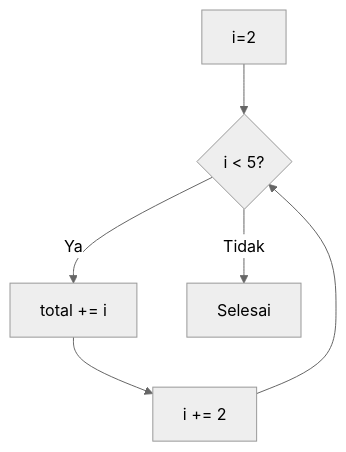
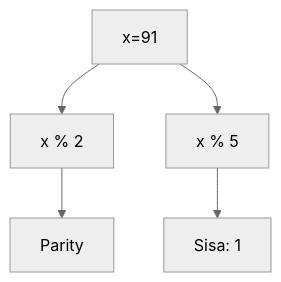
One commit to amnahwaida/OSNK_INF_PREP changed diagram 14 of 25 in part-c-pemahaman-cpp/03-perulangan/latihan/set-04.md. Above: the diagram before and after it, drawn with Mermaid (neutral theme). The commit also changed other lines of this file and 71 other files, not shown here.

````diff
--- a/part-c-pemahaman-cpp/03-perulangan/latihan/set-04.md
+++ b/part-c-pemahaman-cpp/03-perulangan/latihan/set-04.md
@@ -364,8 +418,7 @@
 ```mermaid
 graph TD
-    A[i=2] --> B{i < 5?}
-    B -- Ya --> C[total += i]
-    C --> D[i += 2]
-    D --> B
-    B -- Tidak --> E[Selesai]
+A[x=91] --> B[x % 2]
+B --> C[Parity]
+A --> D[x % 5]
+D --> E[Sisa: 1]
 ```
````
